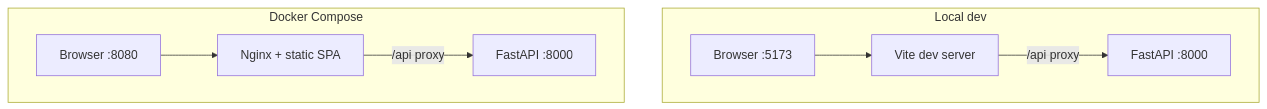
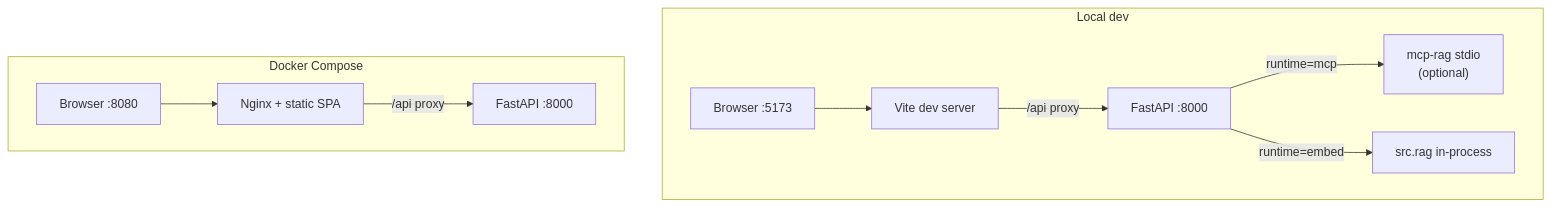
Before and after one commit to Dmitry178/avia-rag-bot: the diagram in docs/deployment.md, drawn with Mermaid. The commit also changed other lines of this file and 1 other file, not shown here.

Commit message:
Update deployment documentation for mcp-rag integration

````diff
--- a/docs/deployment.md
+++ b/docs/deployment.md
@@ -133,18 +149,21 @@
 ```mermaid
 flowchart TB
     subgraph dev ["Local dev"]
         Browser1["Browser :5173"]
         Vite["Vite dev server"]
         API1["FastAPI :8000"]
+        MCP1["mcp-rag stdio\n(optional)"]
         Browser1 --> Vite
         Vite -->|"/api proxy"| API1
+        API1 -->|runtime=mcp| MCP1
+        API1 -->|runtime=embed| RAG1["src.rag in-process"]
     end
 
     subgraph docker ["Docker Compose"]
         Browser2["Browser :8080"]
         Nginx["Nginx + static SPA"]
         API2["FastAPI :8000"]
         Browser2 --> Nginx
         Nginx -->|"/api proxy"| API2
     end
 ```
````
